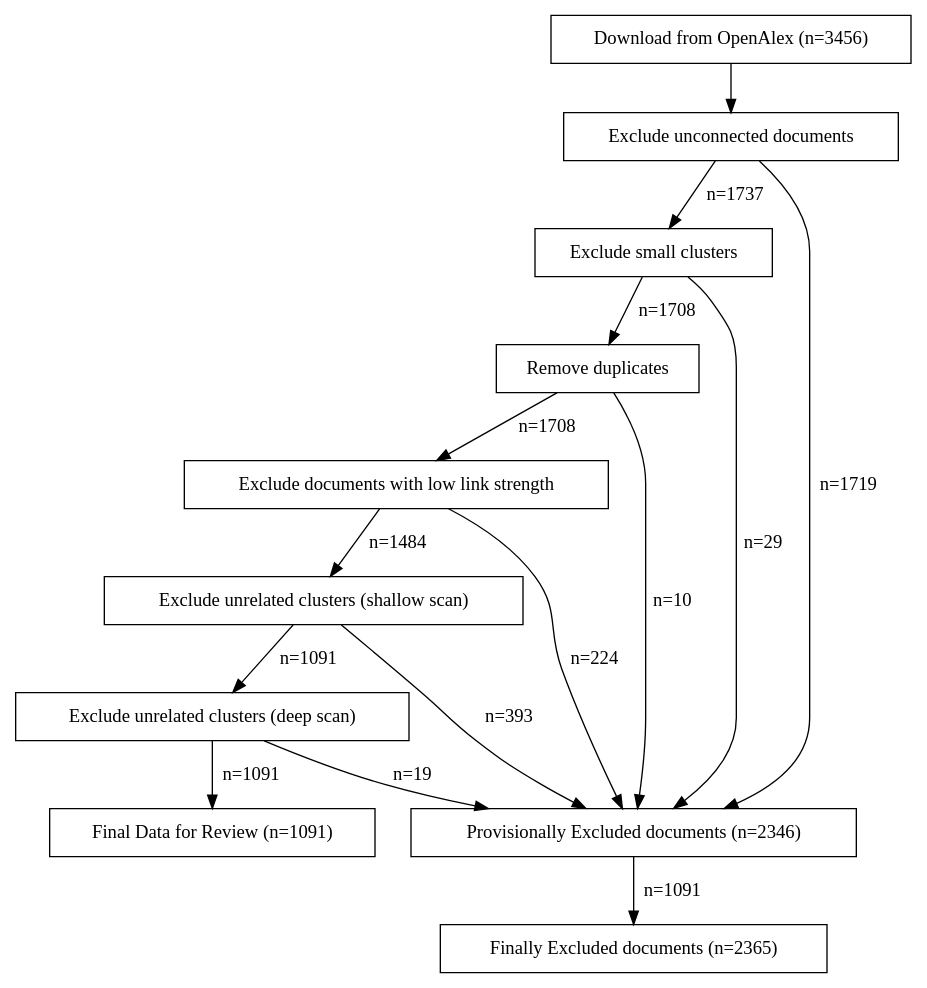
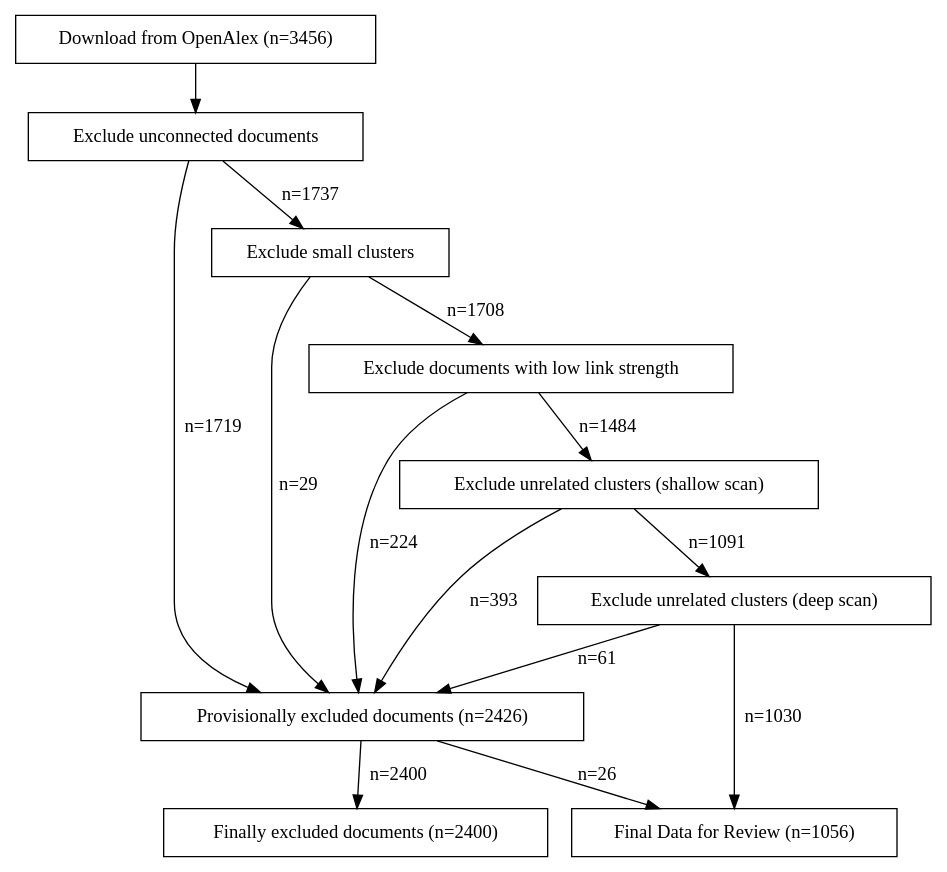
One commit to florianjehn/bibliometrics changed the diagram in docs/flowchart.dot. Above: the diagram before and after it, drawn with Graphviz. The commit also changed 3 other files, not shown here.

Commit message:
updated flowchart

```diff
--- a/docs/flowchart.dot
+++ b/docs/flowchart.dot
@@ -1,33 +1,31 @@
 digraph G {
     node [shape=box];
 
     load_data [label="Download from OpenAlex (n=3456)"];
     filter_unconnected_documents [label="Exclude unconnected documents"];
     filter_clusters [label="Exclude small clusters"];
-    remove_duplicates [label="Remove duplicates"];
     filter_low_links [label="Exclude documents with low link strength"];
     filter_unrelated_clusters [label="Exclude unrelated clusters (shallow scan)"];
     filter_unrelated_clusters_deep [label="Exclude unrelated clusters (deep scan)"];
-    excluded_documents [label="Provisionally Excluded documents (n=2346)"];
-    final_excluded_documents [label="Finally Excluded documents (n=2365)"];
-    final_data [label="Final Data for Review (n=1091)"];
+    excluded_documents [label="Provisionally excluded documents (n=2426)"];
+    final_excluded_documents [label="Finally excluded documents (n=2400)"];
+    final_data [label="Final Data for Review (n=1056)"];
 
 
     load_data -> filter_unconnected_documents;
     filter_unconnected_documents -> filter_clusters [label="n=1737"];
     filter_unconnected_documents -> excluded_documents [label="n=1719"];
-    filter_clusters -> remove_duplicates [label="n=1708"];
-    remove_duplicates -> filter_low_links [label="n=1708"];
-    remove_duplicates -> excluded_documents [label="n=10"];
+    filter_clusters -> filter_low_links [label="n=1708"];
     filter_low_links -> excluded_documents [label="n=224"];
     filter_low_links -> filter_unrelated_clusters [label="n=1484"];
     filter_unrelated_clusters -> excluded_documents [label="n=393"];
     filter_unrelated_clusters -> filter_unrelated_clusters_deep [label="n=1091"];
-    filter_unrelated_clusters_deep -> excluded_documents [label="n=19"];
-    filter_unrelated_clusters_deep -> final_data [label="n=1091"];
+    filter_unrelated_clusters_deep -> excluded_documents [label="n=61"];
+    filter_unrelated_clusters_deep -> final_data [label="n=1030"];
     filter_clusters -> excluded_documents [label="n=29"];
-    excluded_documents -> final_excluded_documents [label="n=1091"];
+    excluded_documents -> final_excluded_documents [label="n=2400"];
+    excluded_documents -> final_data [label="n=26"];
 
 
     
 }
```
